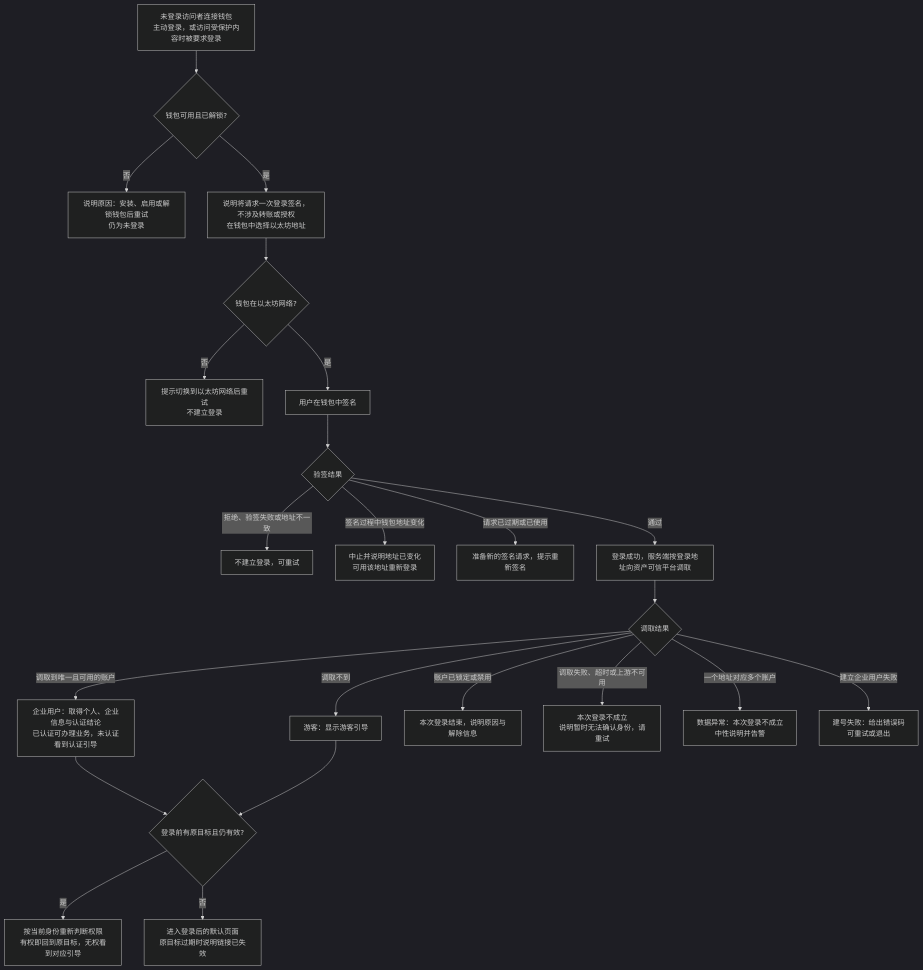
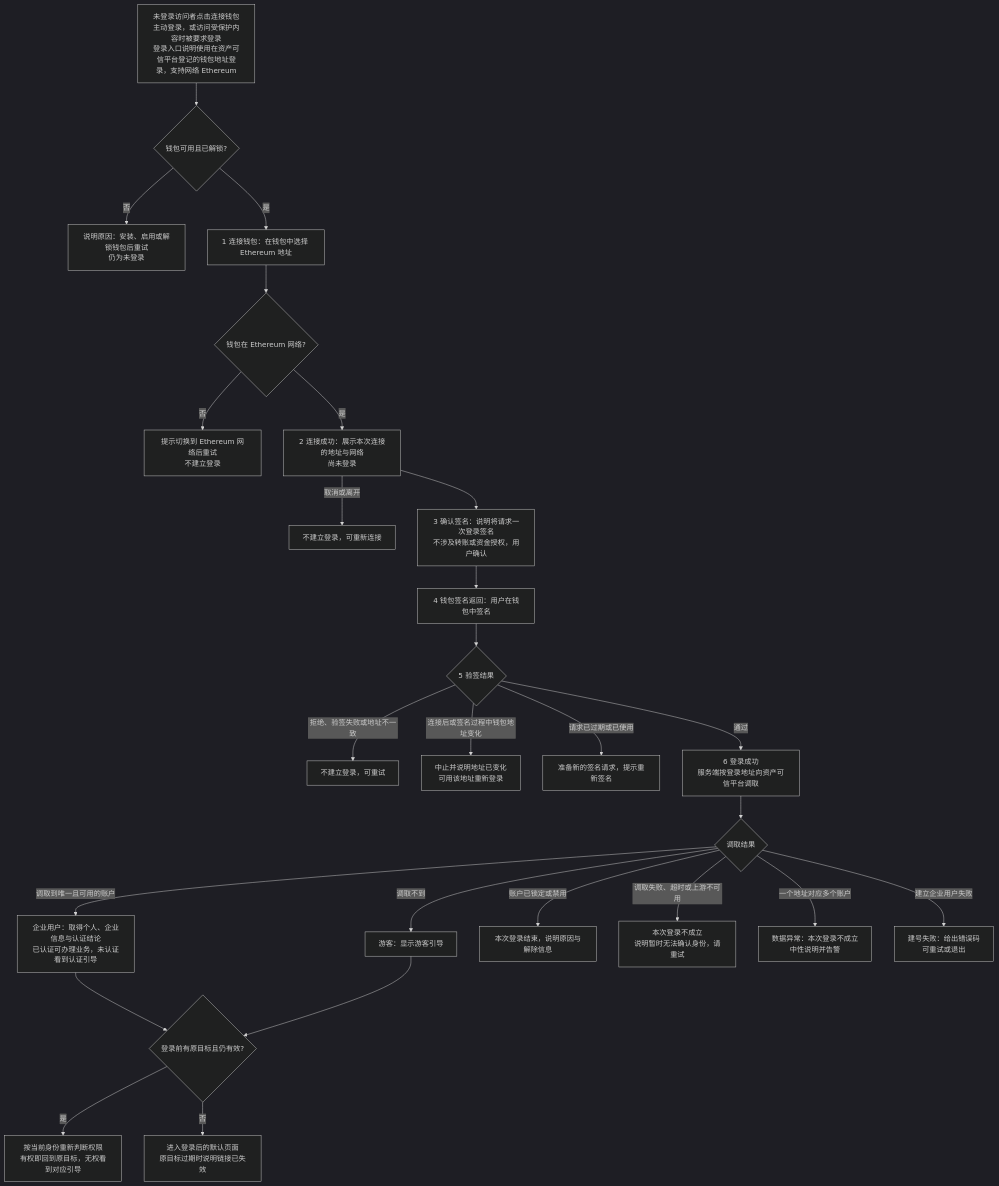
Before and after one commit to wxblockchain/Chain-Financing: the first of 8 diagrams in token-issuance-platform/PRD/v1.0-企业登录与企业账户-流程图与状态机.md, drawn with Mermaid (dark theme). The commit also changed other lines of this file and 2 other files, not shown here.

Commit message:
prd(WS-507): apply user feedback on login steps, preferences and account list
Six-step login sequence with login entry copy and supported network,
Ethereum naming and abbreviated addresses, account entry reduced to address
and sign-out, language and time zone preferences, network field and field
order for new accounts, verification status column removed, and delete
eligibility shown only at the confirmation step.

````diff
--- a/token-issuance-platform/PRD/v1.0-企业登录与企业账户-流程图与状态机.md
+++ b/token-issuance-platform/PRD/v1.0-企业登录与企业账户-流程图与状态机.md
@@ -21,25 +21,28 @@
 ```mermaid
 flowchart TD
-    A[未登录访问者连接钱包<br/>主动登录，或访问受保护内容时被要求登录] --> B{钱包可用且已解锁?}
+    A[未登录访问者点击连接钱包<br/>主动登录，或访问受保护内容时被要求登录<br/>登录入口说明使用在资产可信平台登记的钱包地址登录，支持网络 Ethereum] --> B{钱包可用且已解锁?}
     B -->|否| B1[说明原因：安装、启用或解锁钱包后重试<br/>仍为未登录]
-    B -->|是| C[说明将请求一次登录签名，不涉及转账或授权<br/>在钱包中选择以太坊地址]
-    C --> D{钱包在以太坊网络?}
-    D -->|否| D1[提示切换到以太坊网络后重试<br/>不建立登录]
-    D -->|是| F[用户在钱包中签名]
-    F --> G{验签结果}
+    B -->|是| C[1 连接钱包：在钱包中选择 Ethereum 地址]
+    C --> D{钱包在 Ethereum 网络?}
+    D -->|否| D1[提示切换到 Ethereum 网络后重试<br/>不建立登录]
+    D -->|是| C2[2 连接成功：展示本次连接的地址与网络<br/>尚未登录]
+    C2 -->|取消或离开| C3[不建立登录，可重新连接]
+    C2 --> E[3 确认签名：说明将请求一次登录签名<br/>不涉及转账或资金授权，用户确认]
+    E --> F[4 钱包签名返回：用户在钱包中签名]
+    F --> G{5 验签结果}
     G -->|拒绝、验签失败或地址不一致| G1[不建立登录，可重试]
-    G -->|签名过程中钱包地址变化| G2[中止并说明地址已变化<br/>可用该地址重新登录]
+    G -->|连接后或签名过程中钱包地址变化| G2[中止并说明地址已变化<br/>可用该地址重新登录]
     G -->|请求已过期或已使用| G3[准备新的签名请求，提示重新签名]
-    G -->|通过| H[登录成功，服务端按登录地址向资产可信平台调取]
+    G -->|通过| H[6 登录成功<br/>服务端按登录地址向资产可信平台调取]
     H --> I{调取结果}
     I -->|调取到唯一且可用的账户| J[企业用户：取得个人、企业信息与认证结论<br/>已认证可办理业务，未认证看到认证引导]
     I -->|调取不到| K[游客：显示游客引导]
     I -->|账户已锁定或禁用| L[本次登录结束，说明原因与解除信息]
     I -->|调取失败、超时或上游不可用| M[本次登录不成立<br/>说明暂时无法确认身份，请重试]
     I -->|一个地址对应多个账户| N[数据异常：本次登录不成立<br/>中性说明并告警]
     I -->|建立企业用户失败| O[建号失败：给出错误码<br/>可重试或退出]
     J --> P{登录前有原目标且仍有效?}
     K --> P
     P -->|是| Q[按当前身份重新判断权限<br/>有权即回到原目标，无权看到对应引导]
     P -->|否| R[进入登录后的默认页面<br/>原目标过期时说明链接已失效]
 ```
````
